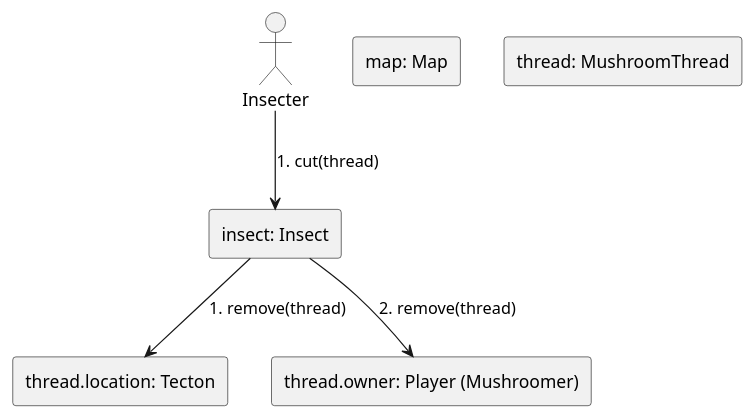
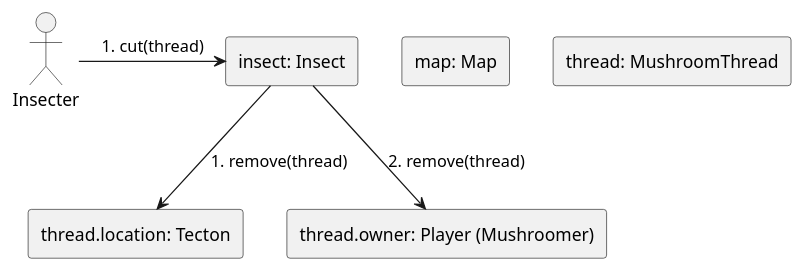
One commit to Petya-G/fungorium changed the diagram in 5/communication_diagrams/insecter/cut.puml. Above: the diagram before and after it, drawn with PlantUML. The commit also changed 2 other files, not shown here.

```diff
--- a/5/communication_diagrams/insecter/cut.puml
+++ b/5/communication_diagrams/insecter/cut.puml
@@ -5,16 +5,16 @@
 @startuml Cut with insect
 skinparam linestyle ortho
 actor Insecter 
 rectangle "map: Map" as 1
 rectangle "thread.location: Tecton" as 2.1
 rectangle "thread.owner: Player (Mushroomer)" as 2.2
 'rectangle "tecton2: Tecton" as 2.2
 rectangle "insect: Insect" as 3
 rectangle "thread: MushroomThread" as 4
 
 3 --> 2.1: 1. remove(thread)
 3 --> 2.2: 2. remove(thread)
 
-Insecter --> 3: 1. cut(thread)
+Insecter -right-> 3: 1. cut(thread)
 
 @enduml
```
